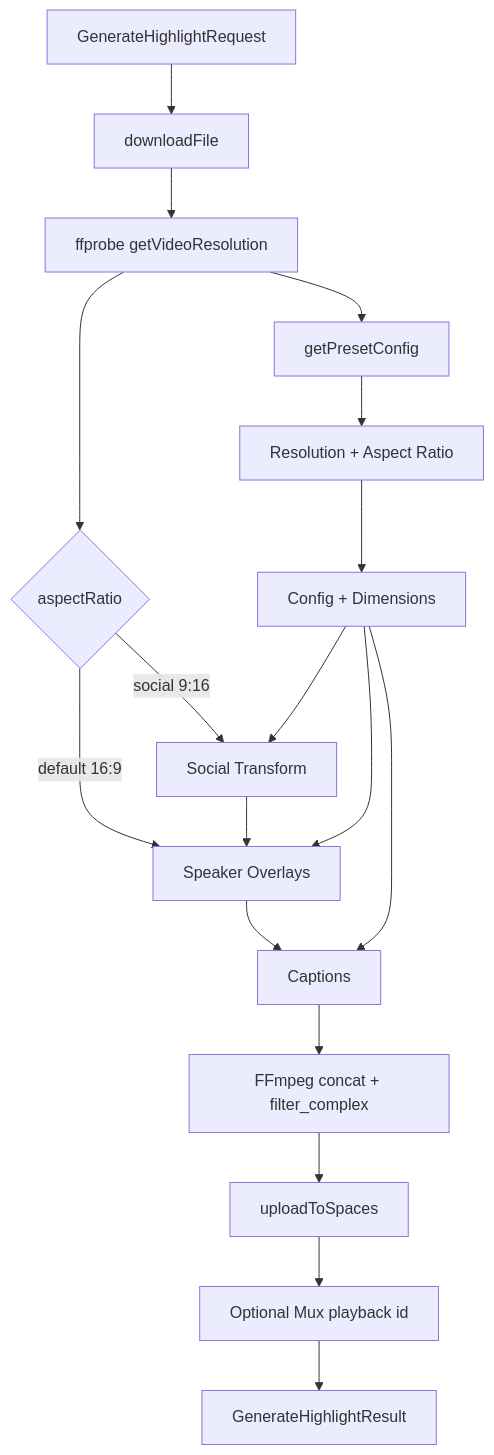
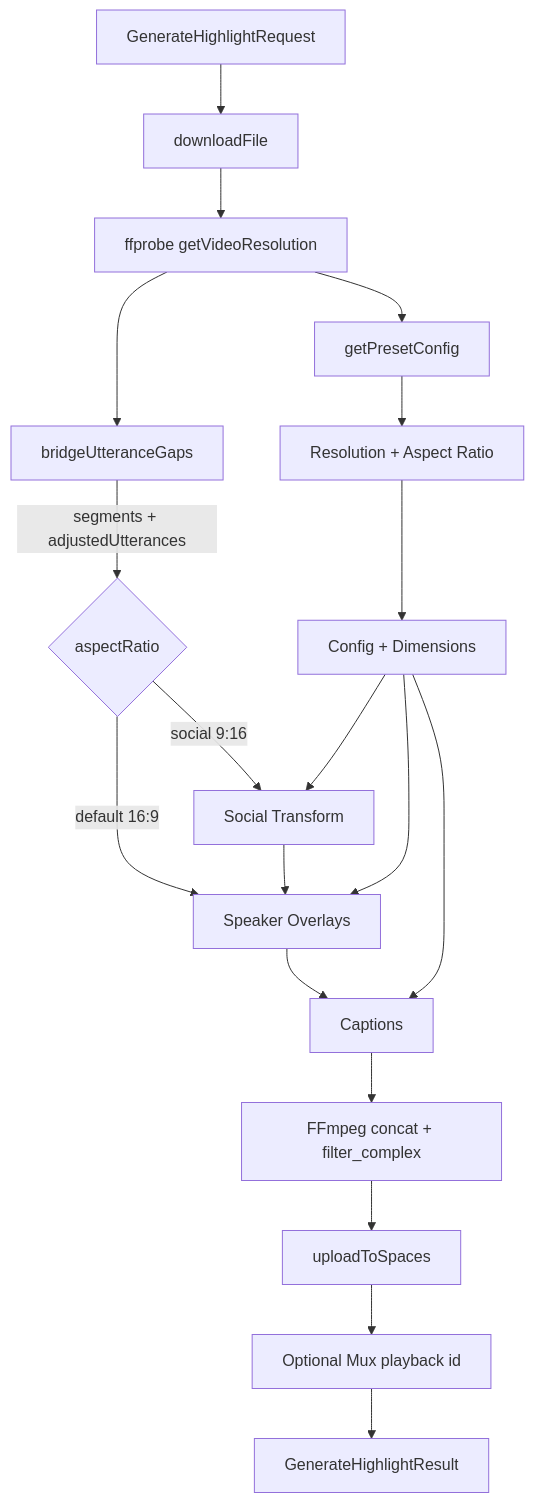
Before and after one commit to schemalabz/opencouncil-tasks: the first of 2 diagrams in docs/generateHighlight.md, drawn with Mermaid. The commit also changed other lines of this file and 1 other file, not shown here.

````diff
--- a/docs/generateHighlight.md
+++ b/docs/generateHighlight.md
@@ -12,20 +12,21 @@
 ```mermaid
 flowchart TD
   A[GenerateHighlightRequest] --> B[downloadFile]
   B --> C[ffprobe getVideoResolution]
-  C --> D{aspectRatio}
+  C --> BG[bridgeUtteranceGaps]
+  BG --> |segments + adjustedUtterances| D{aspectRatio}
   D -- default 16:9 --> E[Speaker Overlays]
   D -- social 9:16 --> S[Social Transform] --> E
   E --> F[Captions]
   F --> G[FFmpeg concat + filter_complex]
   G --> H[uploadToSpaces]
   H --> I[Optional Mux playback id]
   I --> J[GenerateHighlightResult]
   
   C --> K[getPresetConfig]
   K --> L[Resolution + Aspect Ratio]
   L --> M[Config + Dimensions]
   M --> S
   M --> E
   M --> F
 ```
````
